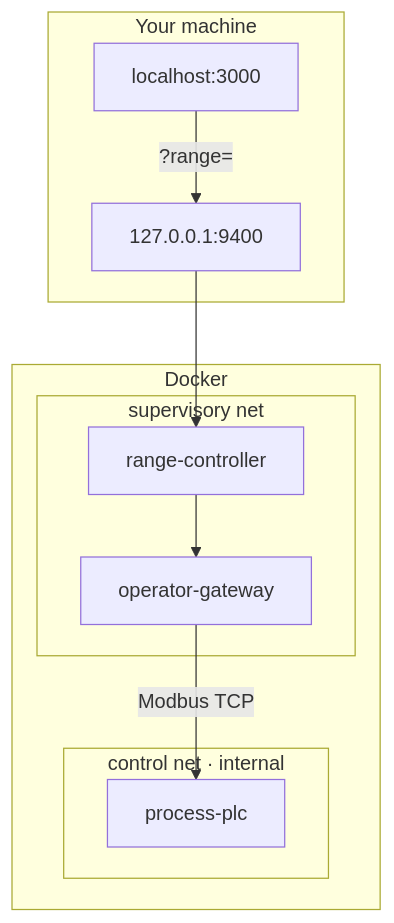
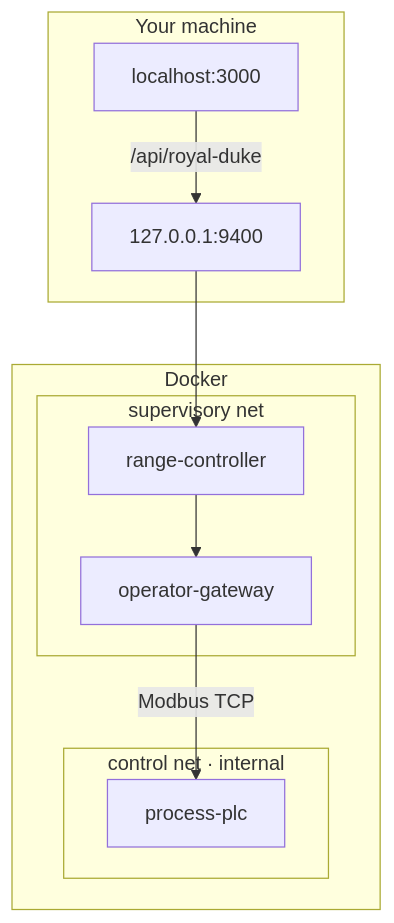
One commit to Lrd0036/google changed the third of 3 diagrams in experience/royal-duke/README.md. Above: the diagram before and after it, drawn with Mermaid. The commit also changed other lines of this file and 19 other files, not shown here.

````diff
--- a/experience/royal-duke/README.md
+++ b/experience/royal-duke/README.md
@@ -203,20 +204,20 @@
 ```mermaid
 flowchart TB
   subgraph host [Your machine]
     Film["localhost:3000"]
     Ctrl["127.0.0.1:9400"]
   end
   subgraph docker [Docker]
     subgraph supervisory [supervisory net]
       CtrlC[range-controller]
       GW[operator-gateway]
     end
     subgraph control [control net · internal]
       PLC[process-plc]
     end
   end
-  Film -->|"?range="| Ctrl
+  Film -->|"/api/royal-duke"| Ctrl
   Ctrl --> CtrlC
   CtrlC --> GW
   GW -->|"Modbus TCP"| PLC
 ```
````
